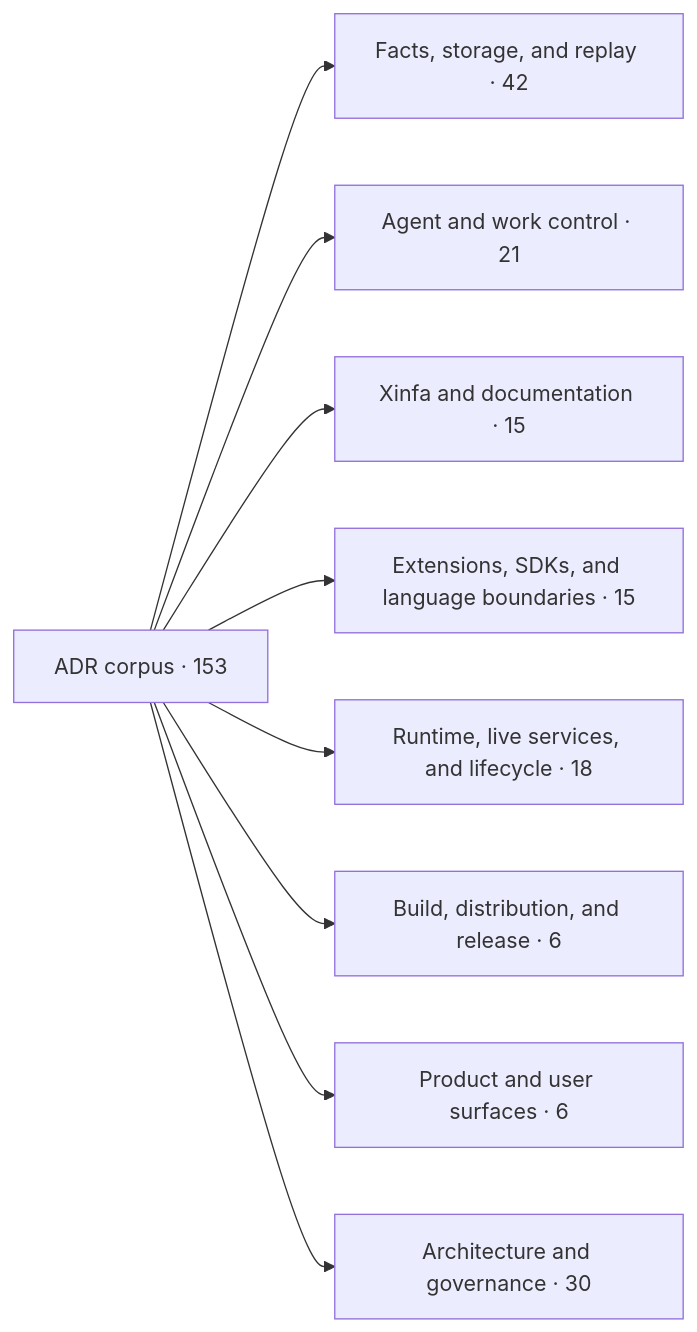
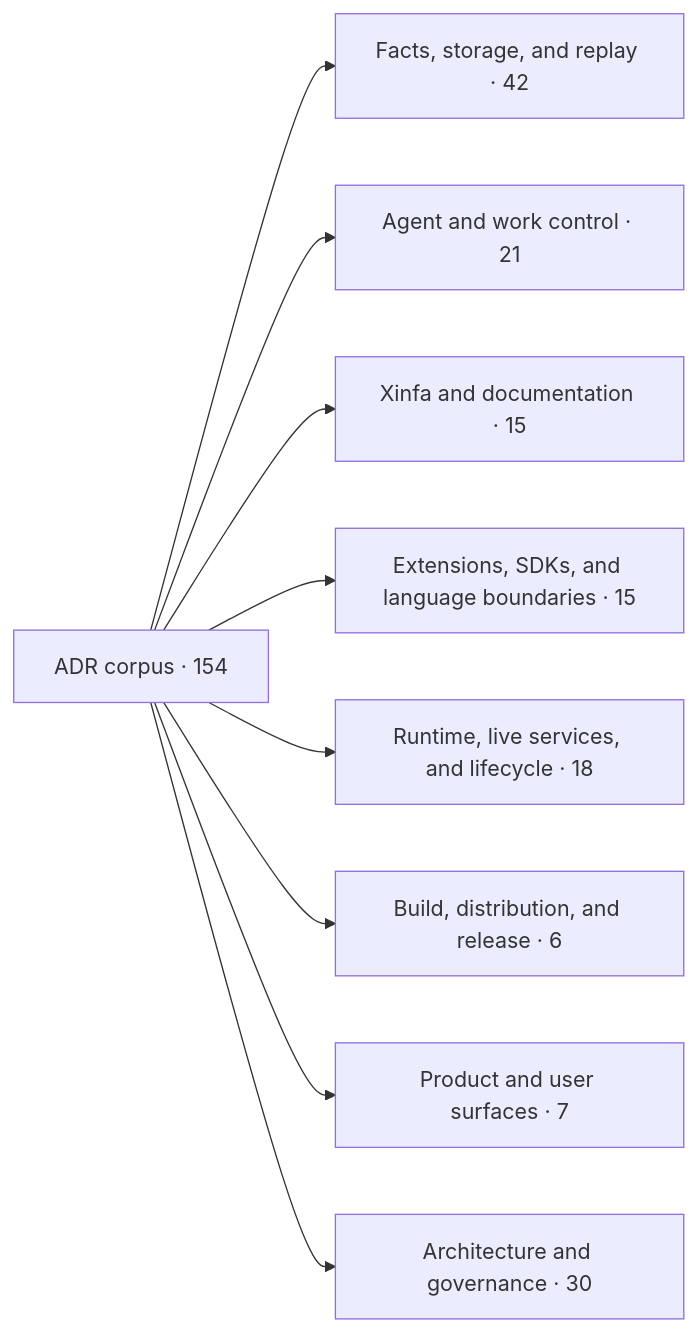
Before and after one commit to PterX/kungfu: the first of 2 diagrams in docs/architecture/adr-map.md, drawn with Mermaid. The commit also changed other lines of this file and 13 other files, not shown here.

````diff
--- a/docs/architecture/adr-map.md
+++ b/docs/architecture/adr-map.md
@@ -20,12 +20,12 @@
 ```mermaid
 flowchart LR
-  root["ADR corpus · 153"]
+  root["ADR corpus · 154"]
   root --> d0["Facts, storage, and replay · 42"]
   root --> d1["Agent and work control · 21"]
   root --> d2["Xinfa and documentation · 15"]
   root --> d3["Extensions, SDKs, and language boundaries · 15"]
   root --> d4["Runtime, live services, and lifecycle · 18"]
   root --> d5["Build, distribution, and release · 6"]
-  root --> d6["Product and user surfaces · 6"]
+  root --> d6["Product and user surfaces · 7"]
   root --> d7["Architecture and governance · 30"]
 ```
````
